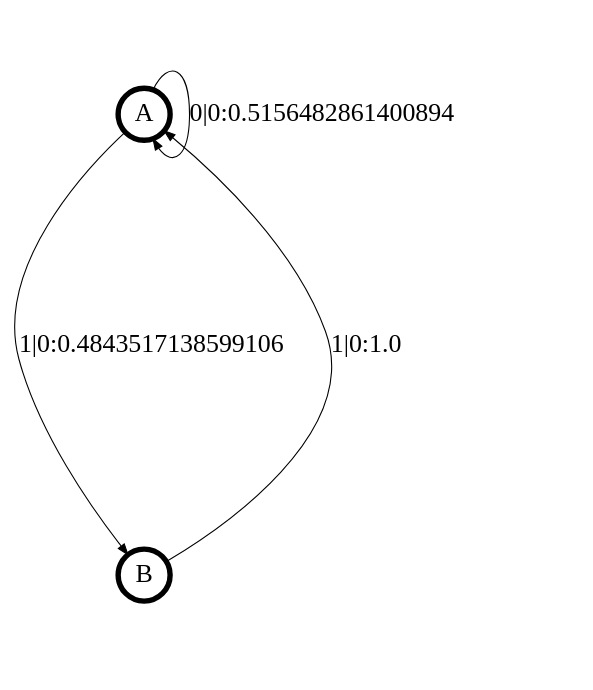
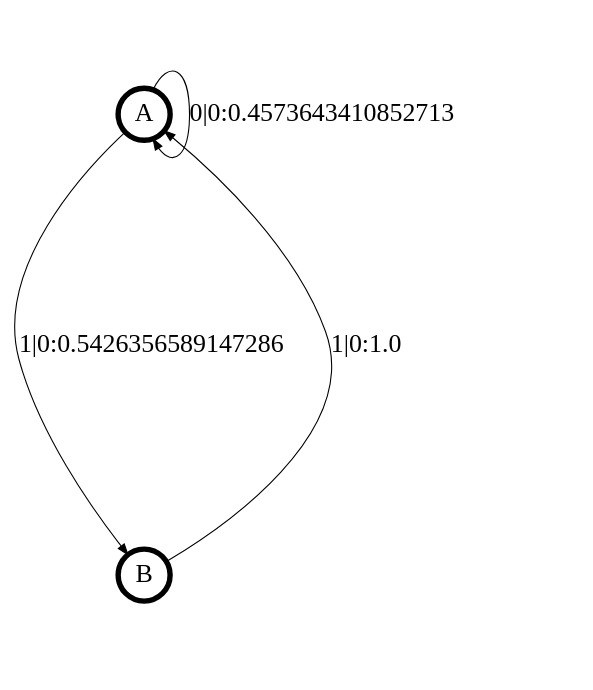
The diagram in transCSSR_results/+even_inf.dot (ddarmon/transCSSR), drawn with Graphviz before and after one commit. The commit also changed 2 other files, not shown here.

```diff
--- a/transCSSR_results/+even_inf.dot
+++ b/transCSSR_results/+even_inf.dot
@@ -1,15 +1,15 @@
 digraph  {
 size = "6,8.5";
 ratio = "fill";
 node
 [shape = circle];
 node [fontsize = 24];
 node [penwidth = 5];
 edge [fontsize = 24];
 node [fontname = "CMU Serif Roman"];
 graph [fontname = "CMU Serif Roman"];
 edge [fontname = "CMU Serif Roman"];
-A -> A [label = "0|0:0.5156482861400894\l"];
-A -> B [label = "1|0:0.4843517138599106\l"];
+A -> A [label = "0|0:0.4573643410852713\l"];
+A -> B [label = "1|0:0.5426356589147286\l"];
 B -> A [label = "1|0:1.0\l"];
 }
```
